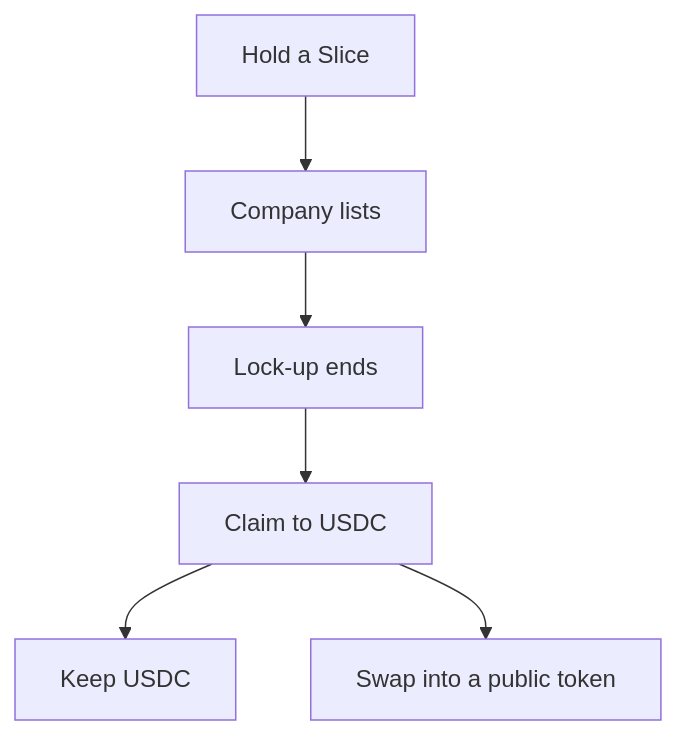
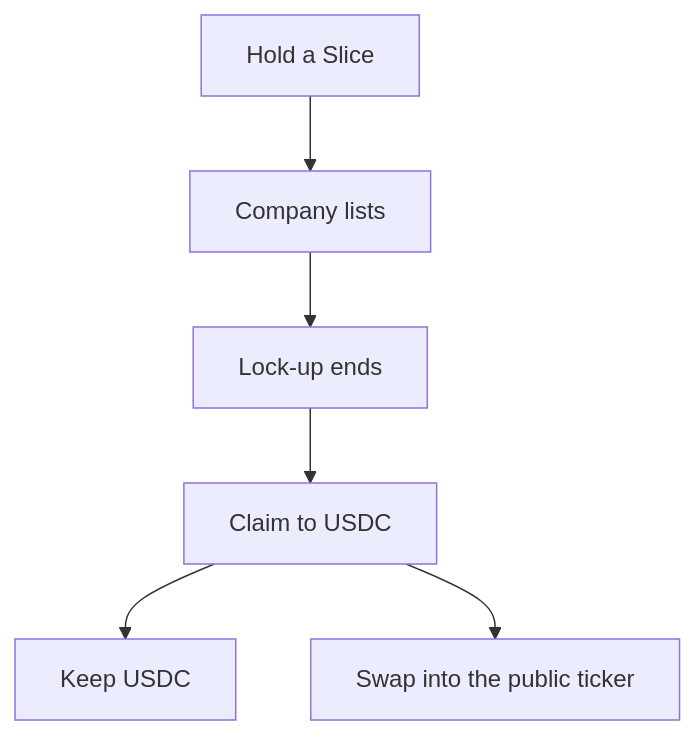
The diagram in investment/guides/from-slice-to-public-asset.mdx (CommonWealthDAO/mintlify-docs), drawn with Mermaid before and after one commit. The commit also changed other lines of this file, not shown here.

````diff
--- a/investment/guides/from-slice-to-public-asset.mdx
+++ b/investment/guides/from-slice-to-public-asset.mdx
@@ -20,8 +20,8 @@
 ```mermaid
 flowchart TD
   Hold[Hold a Slice] --> Ipo[Company lists]
   Ipo --> Unlock[Lock-up ends]
   Unlock --> Claim[Claim to USDC]
   Claim --> Keep[Keep USDC]
-  Claim --> Swap[Swap into a public token]
+  Claim --> Swap[Swap into the public ticker]
 ```
````
